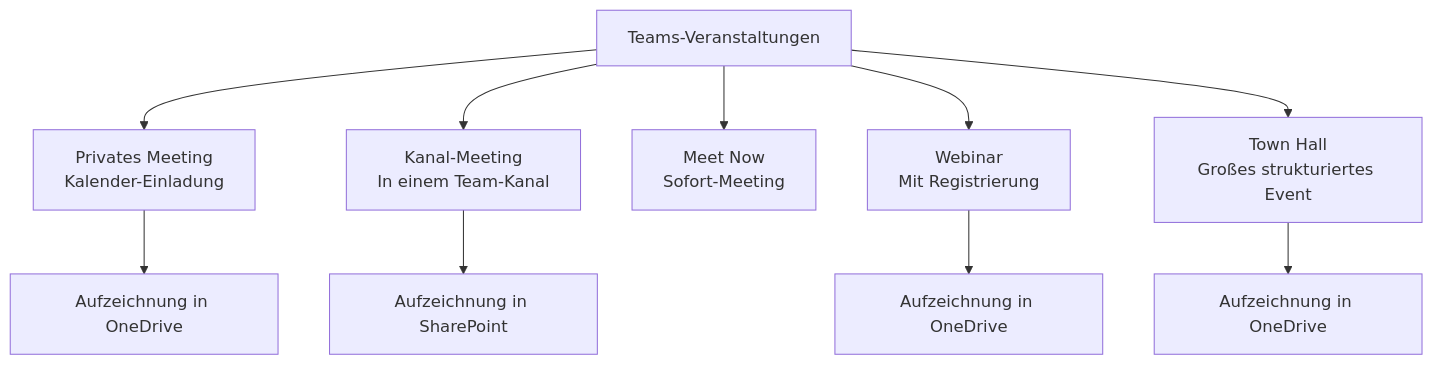
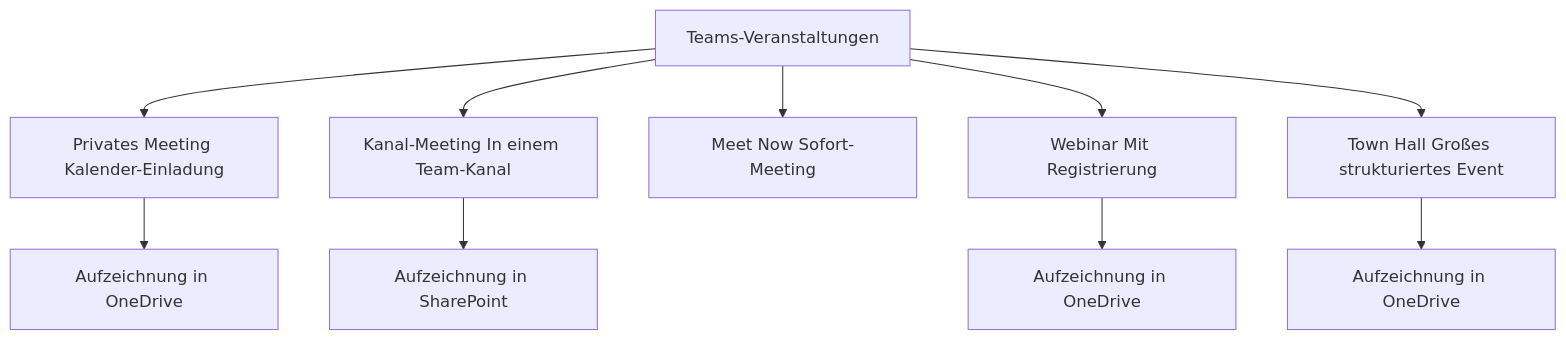
Before and after one commit to SoniiiT/notes-n-docs: the diagram in Microsoft 365/Teams/Meetings und Live Events.md, drawn with Mermaid. The commit also changed 124 other files, not shown here.

First line of the commit message:
fix: Entferne \n aus allen Mermaid-Diagrammen (125 Dateien)

````diff
--- a/Microsoft 365/Teams/Meetings und Live Events.md
+++ b/Microsoft 365/Teams/Meetings und Live Events.md
@@ -24,12 +24,12 @@
 ```mermaid
 graph TD
-    MEET[Teams-Veranstaltungen] --> PM[Privates Meeting\nKalender-Einladung]
-    MEET --> CM[Kanal-Meeting\nIn einem Team-Kanal]
-    MEET --> MN[Meet Now\nSofort-Meeting]
-    MEET --> WEB[Webinar\nMit Registrierung]
-    MEET --> TH[Town Hall\nGroßes strukturiertes Event]
+    MEET[Teams-Veranstaltungen] --> PM[Privates Meeting Kalender-Einladung]
+    MEET --> CM[Kanal-Meeting In einem Team-Kanal]
+    MEET --> MN[Meet Now Sofort-Meeting]
+    MEET --> WEB[Webinar Mit Registrierung]
+    MEET --> TH[Town Hall Großes strukturiertes Event]
     PM --> ODB[Aufzeichnung in OneDrive]
     CM --> SPO[Aufzeichnung in SharePoint]
     WEB --> ODB2[Aufzeichnung in OneDrive]
     TH --> ODB3[Aufzeichnung in OneDrive]
 ```
````
